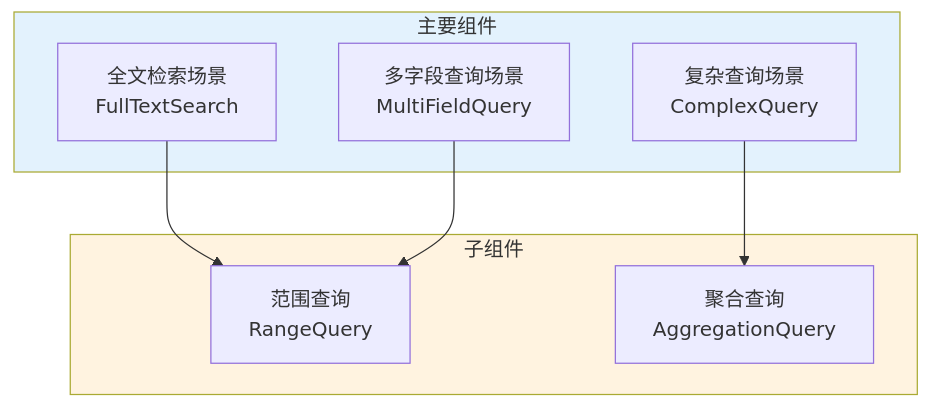
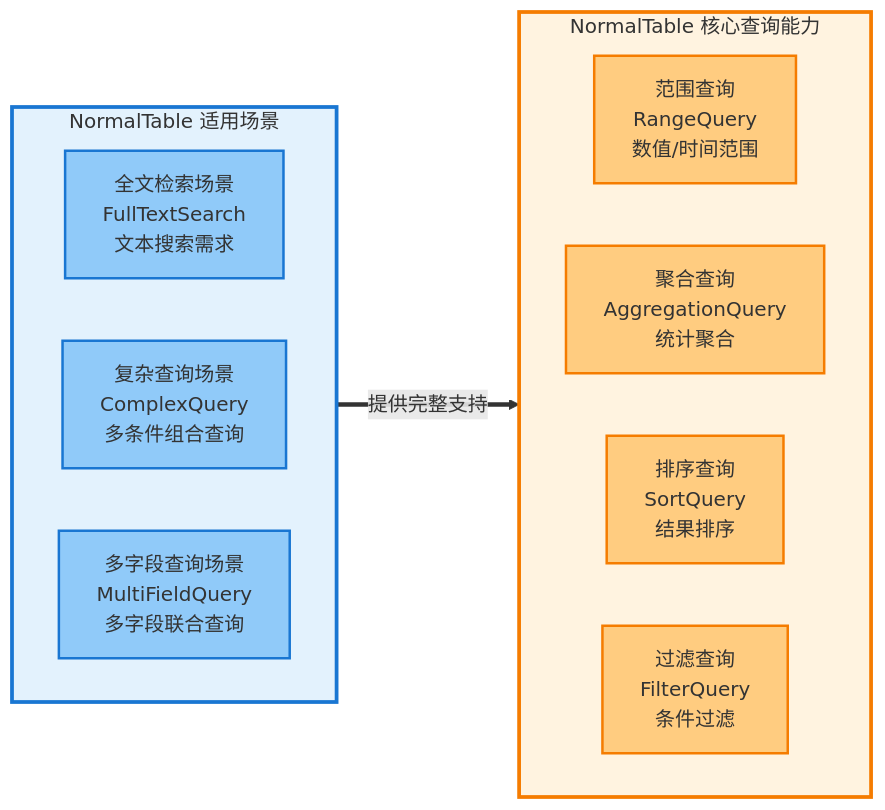
One commit to zhouzhilong-commits/zhouzhilong-commits.github.io changed diagram 18 of 28 in _posts/2025-07-14-indexlib-8-index-types.md. Above: the diagram before and after it, drawn with Mermaid. The commit also changed other lines of this file and 6 other files, not shown here.

````diff
--- a/_posts/2025-07-14-indexlib-8-index-types.md
+++ b/_posts/2025-07-14-indexlib-8-index-types.md
@@ -784,20 +933,29 @@
 ```mermaid
-flowchart TD
-    subgraph Main["主要组件"]
-        A["全文检索场景<br/>FullTextSearch"]
-        B["复杂查询场景<br/>ComplexQuery"]
-        C["多字段查询场景<br/>MultiFieldQuery"]
+flowchart LR
+    subgraph Scene["NormalTable 适用场景"]
+        direction LR
+        A["全文检索场景<br/>FullTextSearch<br/>文本搜索需求"]
+        B["复杂查询场景<br/>ComplexQuery<br/>多条件组合查询"]
+        C["多字段查询场景<br/>MultiFieldQuery<br/>多字段联合查询"]
     end
     
-    subgraph Sub["子组件"]
-        D["范围查询<br/>RangeQuery"]
-        E["聚合查询<br/>AggregationQuery"]
+    subgraph Feature["NormalTable 核心查询能力"]
+        direction LR
+        D["范围查询<br/>RangeQuery<br/>数值/时间范围"]
+        E["聚合查询<br/>AggregationQuery<br/>统计聚合"]
+        F["排序查询<br/>SortQuery<br/>结果排序"]
+        G["过滤查询<br/>FilterQuery<br/>条件过滤"]
     end
     
-    A --> D
-    B --> E
-    C --> D
+    Scene ==>|提供完整支持| Feature
     
-    style Main fill:#e3f2fd
-    style Sub fill:#fff3e0
+    style Scene fill:#e3f2fd,stroke:#1976d2,stroke-width:3px
+    style Feature fill:#fff3e0,stroke:#f57c00,stroke-width:3px
+    style A fill:#90caf9,stroke:#1976d2,stroke-width:2px
+    style B fill:#90caf9,stroke:#1976d2,stroke-width:2px
+    style C fill:#90caf9,stroke:#1976d2,stroke-width:2px
+    style D fill:#ffcc80,stroke:#f57c00,stroke-width:2px
+    style E fill:#ffcc80,stroke:#f57c00,stroke-width:2px
+    style F fill:#ffcc80,stroke:#f57c00,stroke-width:2px
+    style G fill:#ffcc80,stroke:#f57c00,stroke-width:2px
 ```
````
